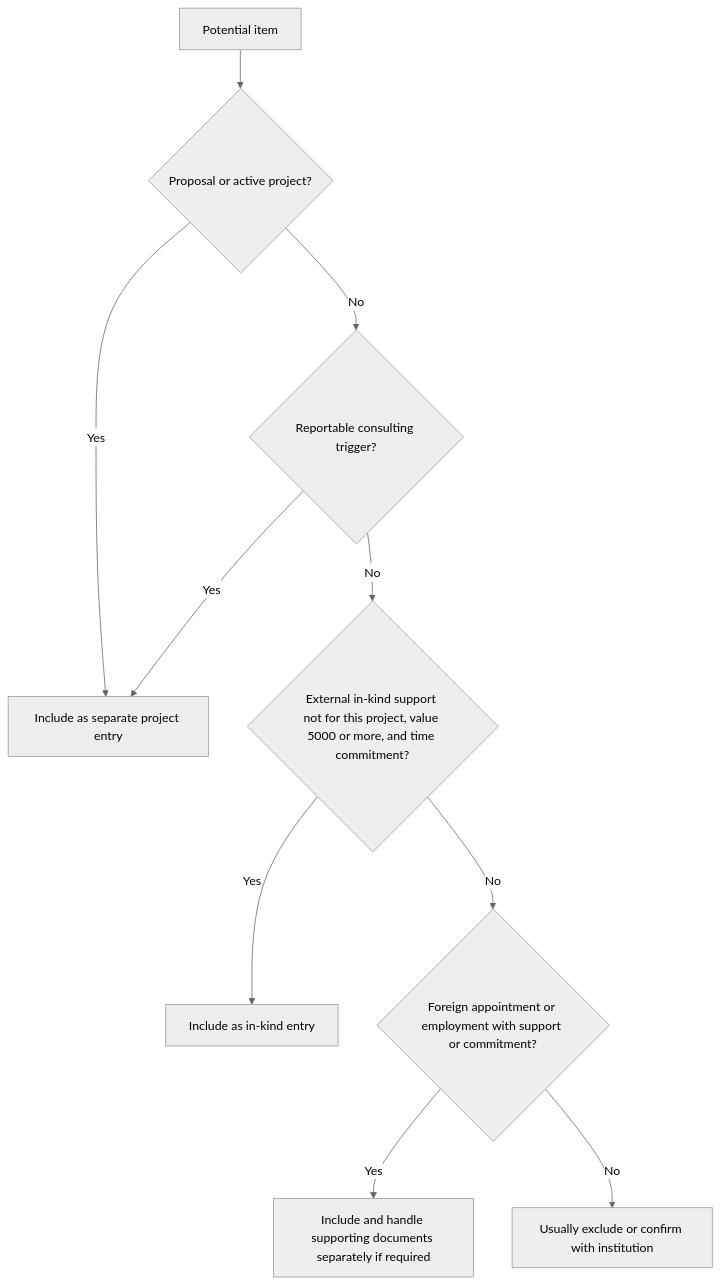
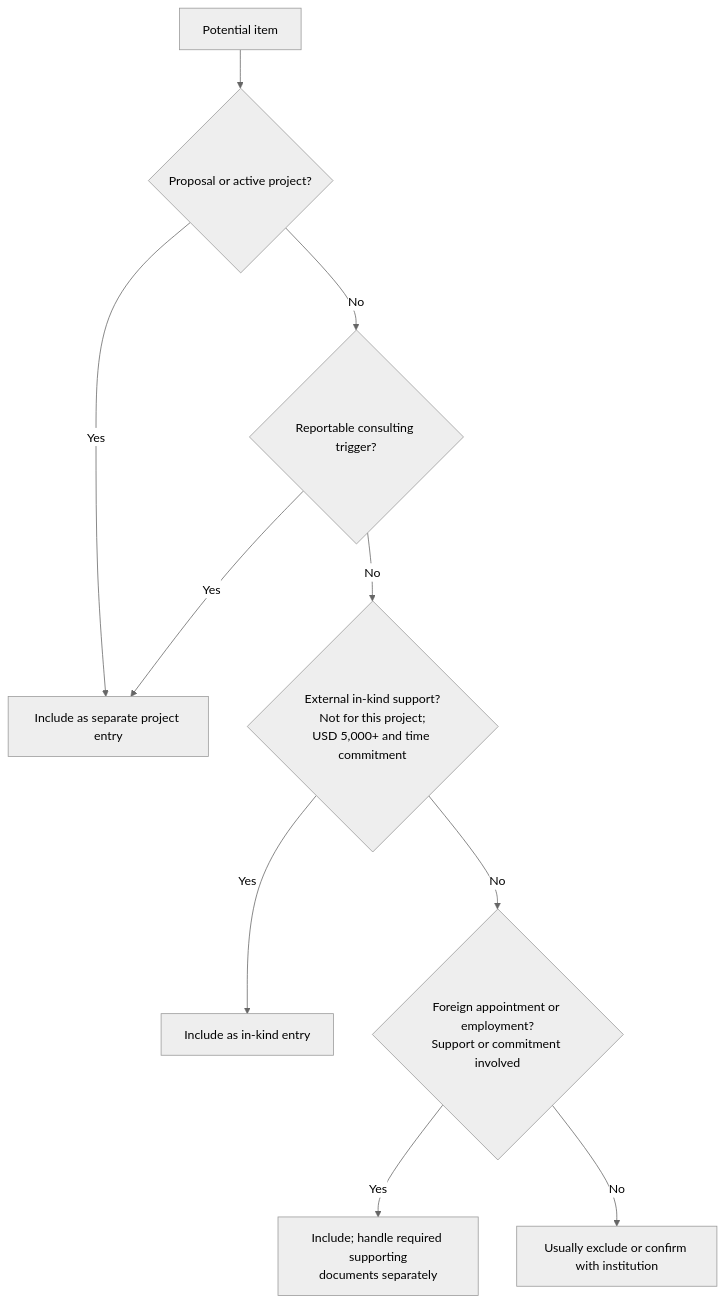
Before and after one commit to FritscheLab/nih-sciencv-playbook: the diagram in docs/other-support/what-to-include.md, drawn with Mermaid (neutral theme). The commit also changed 11 other files, not shown here.

Commit message:
docs: refine Mermaid diagrams for desktop readability

````diff
--- a/docs/other-support/what-to-include.md
+++ b/docs/other-support/what-to-include.md
@@ -53,14 +53,14 @@
 ```mermaid
 flowchart TD
     accTitle: CPOS include or exclude check
     accDescr: A practical CPOS disclosure check routes projects, consulting, in-kind contributions, foreign appointments, and common exclusions.
     A["Potential item"] --> B{"Proposal or active project?"}
     B -- "Yes" --> C["Include as separate project entry"]
     B -- "No" --> D{"Reportable consulting trigger?"}
     D -- "Yes" --> C
-    D -- "No" --> E{"External in-kind support not for this project, value 5000 or more, and time commitment?"}
+    D -- "No" --> E{"External in-kind support?<br/>Not for this project;<br/>USD 5,000+ and time commitment"}
     E -- "Yes" --> F["Include as in-kind entry"]
-    E -- "No" --> G{"Foreign appointment or employment with support or commitment?"}
-    G -- "Yes" --> H["Include and handle supporting documents separately if required"]
+    E -- "No" --> G{"Foreign appointment or employment?<br/>Support or commitment involved"}
+    G -- "Yes" --> H["Include; handle required supporting<br/>documents separately"]
     G -- "No" --> I["Usually exclude or confirm with institution"]
 ```
````
